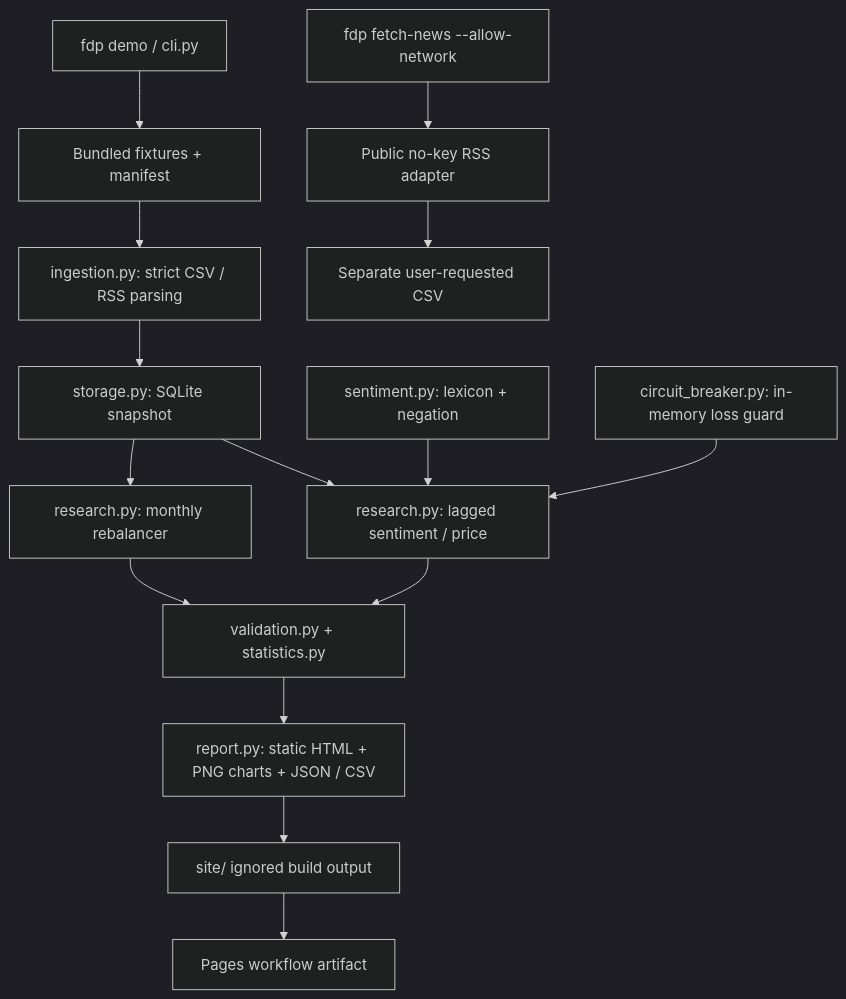
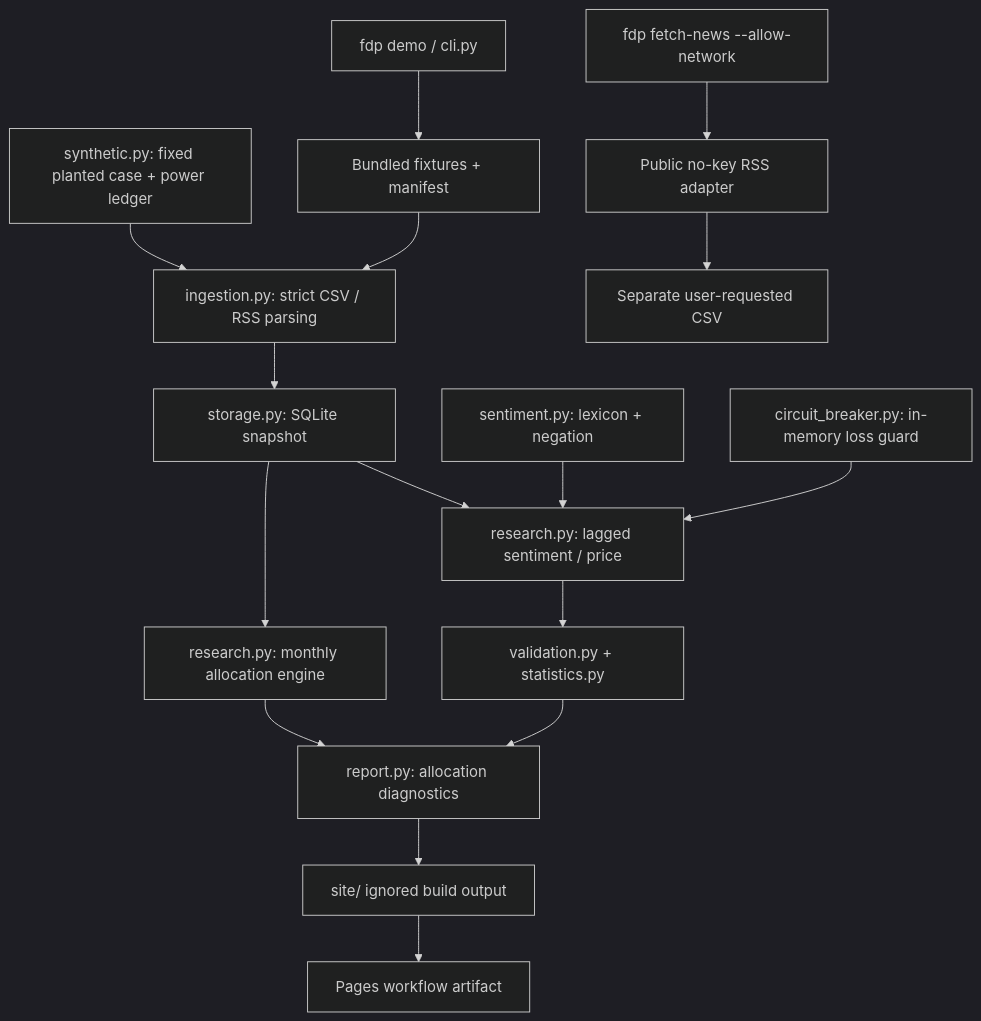
One commit to mayman20/financial-data-platform changed the diagram in docs/ARCHITECTURE.md. Above: the diagram before and after it, drawn with Mermaid (dark theme). The commit also changed other lines of this file and 4 other files, not shown here.

````diff
--- a/docs/ARCHITECTURE.md
+++ b/docs/ARCHITECTURE.md
@@ -6,17 +6,18 @@
 ```mermaid
 flowchart TD
     CLI[fdp demo / cli.py] --> FIX[Bundled fixtures + manifest]
+    GEN[synthetic.py: fixed planted case + power ledger] --> ING
     FIX --> ING[ingestion.py: strict CSV / RSS parsing]
     ING --> STORE[storage.py: SQLite snapshot]
-    STORE --> R[research.py: monthly rebalancer]
+    STORE --> R[research.py: monthly allocation engine]
     STORE --> S[research.py: lagged sentiment / price]
     L[sentiment.py: lexicon + negation] --> S
     B[circuit_breaker.py: in-memory loss guard] --> S
-    R --> V[validation.py + statistics.py]
-    S --> V
-    V --> REP[report.py: static HTML + PNG charts + JSON / CSV]
+    R --> REP[report.py: allocation diagnostics]
+    S --> V[validation.py + statistics.py]
+    V --> REP
     REP --> SITE[site/ ignored build output]
     SITE --> PAGES[Pages workflow artifact]
     LIVE[fdp fetch-news --allow-network] --> RSS[Public no-key RSS adapter]
     RSS --> CSV[Separate user-requested CSV]
 ```
````
